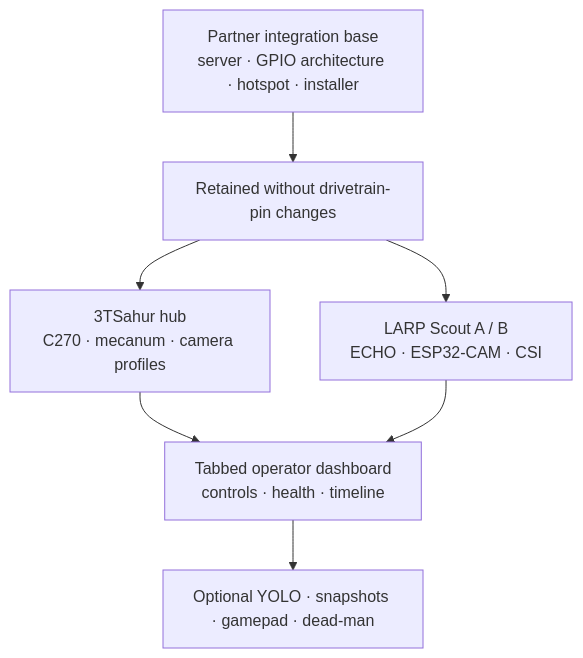
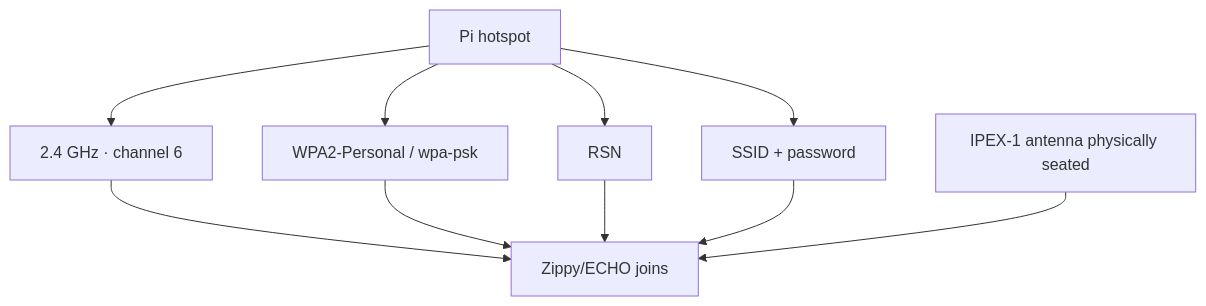
One commit to william-thompsonthe1st/STEM-Research-Academy changed the seventh of 9 diagrams in README.md. Above: the diagram before and after it, drawn with Mermaid. The commit also changed other lines of this file, not shown here.

````diff
--- a/README.md
+++ b/README.md
@@ -192,9 +238,12 @@
 ```mermaid
-flowchart TB
-    Base["Partner integration base\nserver · GPIO architecture · hotspot · installer"] --> Retained["Retained without drivetrain-pin changes"]
-    Retained --> Hub["3TSahur hub\nC270 · mecanum · camera profiles"]
-    Retained --> Scouts["LARP Scout A / B\nECHO · ESP32-CAM · CSI"]
-    Hub --> Dashboard["Tabbed operator dashboard\ncontrols · health · timeline"]
-    Scouts --> Dashboard
-    Dashboard --> Optional["Optional YOLO · snapshots · gamepad · dead-man"]
+flowchart TD
+    P["Pi hotspot"] --> B["2.4 GHz · channel 6"]
+    P --> S["WPA2-Personal / wpa-psk"]
+    P --> R["RSN"]
+    P --> N["SSID + password"]
+    B --> Z["Zippy/ECHO joins"]
+    S --> Z
+    R --> Z
+    N --> Z
+    A["IPEX-1 antenna physically seated"] --> Z
 ```
````
